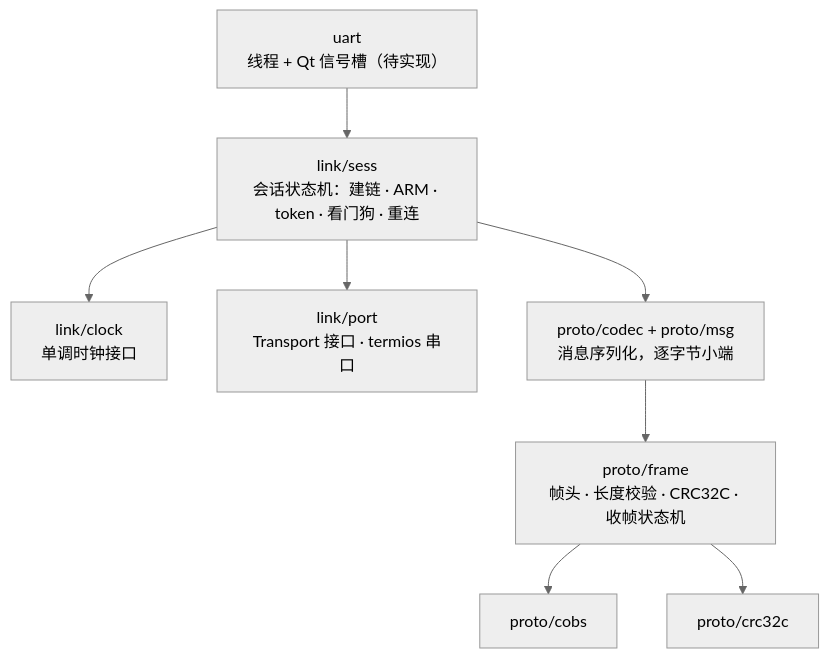
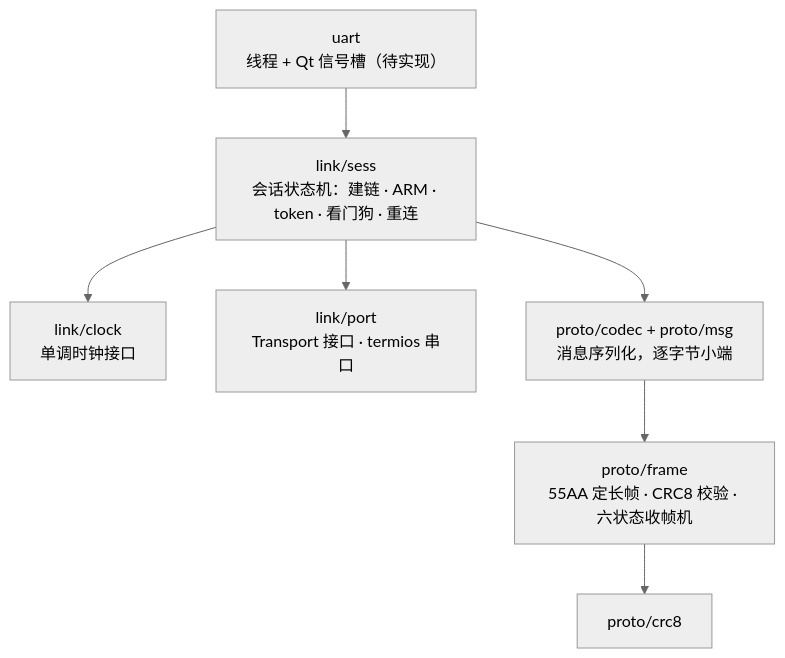
One commit to Louis-24000614/pi_upper changed the diagram in docs/reference/comm/uart.md. Above: the diagram before and after it, drawn with Mermaid (neutral theme). The commit also changed other lines of this file and 27 other files, not shown here.

````diff
--- a/docs/reference/comm/uart.md
+++ b/docs/reference/comm/uart.md
@@ -48,18 +47,16 @@
 ```mermaid
 flowchart TB
   facade["uart<br/>线程 + Qt 信号槽（待实现）"]
   sess["link/sess<br/>会话状态机：建链 · ARM · token · 看门狗 · 重连"]
   clock["link/clock<br/>单调时钟接口"]
   port["link/port<br/>Transport 接口 · termios 串口"]
   codec["proto/codec + proto/msg<br/>消息序列化，逐字节小端"]
-  frame["proto/frame<br/>帧头 · 长度校验 · CRC32C · 收帧状态机"]
-  cobs["proto/cobs"]
-  crc["proto/crc32c"]
+  frame["proto/frame<br/>55AA 定长帧 · CRC8 校验 · 六状态收帧机"]
+  crc["proto/crc8"]
   facade --> sess
   sess --> codec
   sess --> port
   sess --> clock
   codec --> frame
-  frame --> cobs
   frame --> crc
 ```
````
